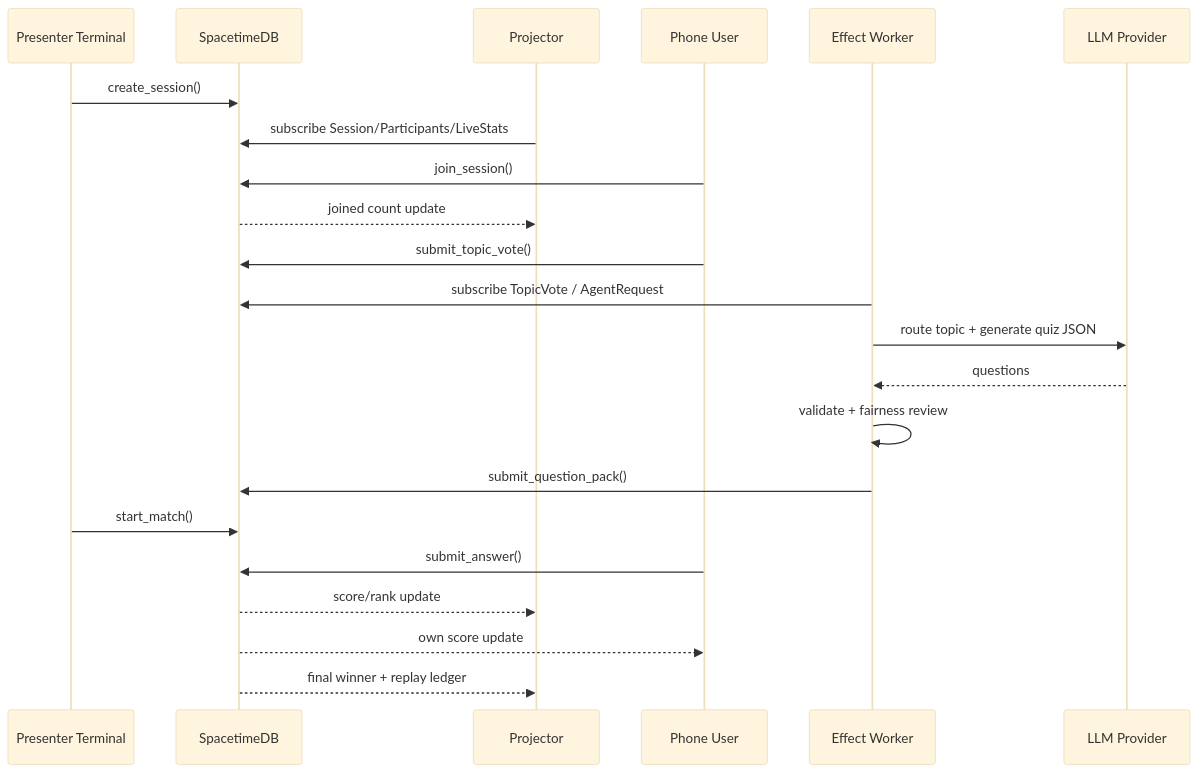
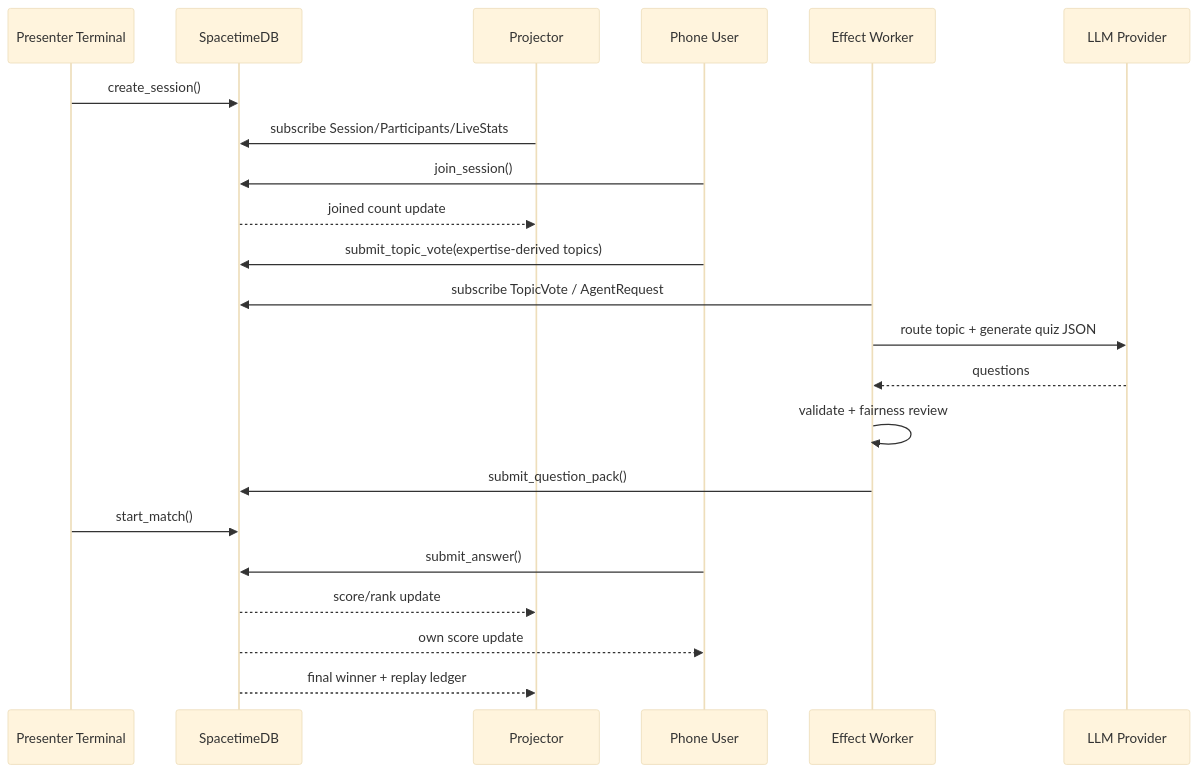
One commit to roshaninfordham/quizel changed the second of 4 diagrams in docs/architecture.md. Above: the diagram before and after it, drawn with Mermaid (base theme). The commit also changed other lines of this file and 32 other files, not shown here.

Commit message:
Rebuild phone flow around expertise arenas

````diff
--- a/docs/architecture.md
+++ b/docs/architecture.md
@@ -30,25 +30,25 @@
 ```mermaid
 sequenceDiagram
     participant Host as Presenter Terminal
     participant DB as SpacetimeDB
     participant P as Projector
     participant U as Phone User
     participant W as Effect Worker
     participant L as LLM Provider
 
     Host->>DB: create_session()
     P->>DB: subscribe Session/Participants/LiveStats
     U->>DB: join_session()
     DB-->>P: joined count update
-    U->>DB: submit_topic_vote()
+    U->>DB: submit_topic_vote(expertise-derived topics)
     W->>DB: subscribe TopicVote / AgentRequest
     W->>L: route topic + generate quiz JSON
     L-->>W: questions
     W->>W: validate + fairness review
     W->>DB: submit_question_pack()
     Host->>DB: start_match()
     U->>DB: submit_answer()
     DB-->>P: score/rank update
     DB-->>U: own score update
     DB-->>P: final winner + replay ledger
 ```
````
